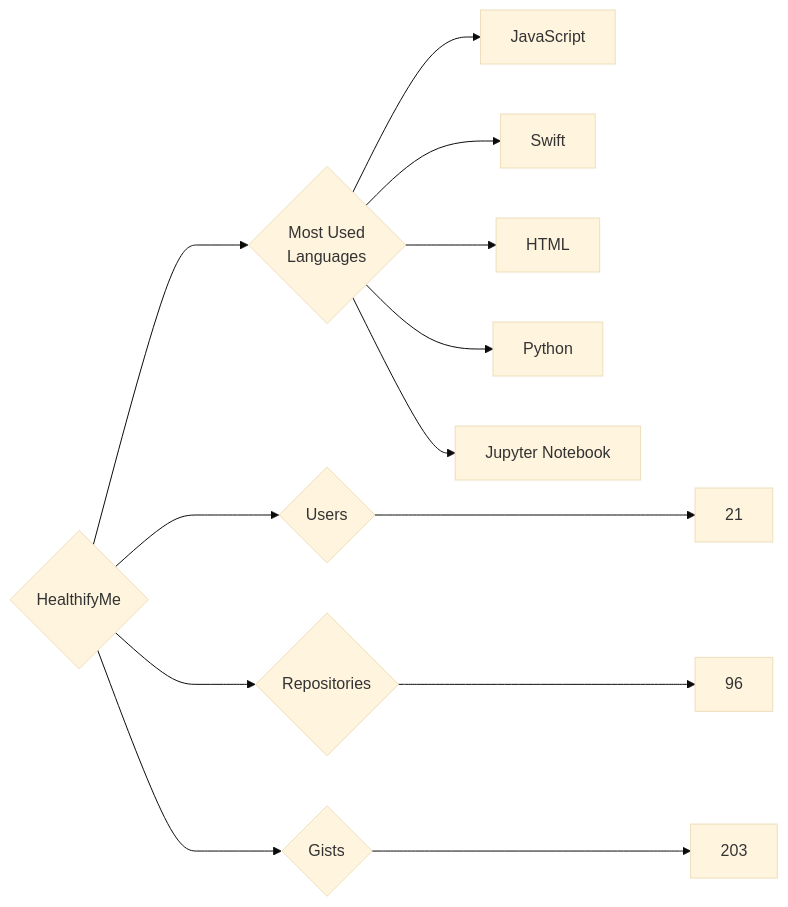
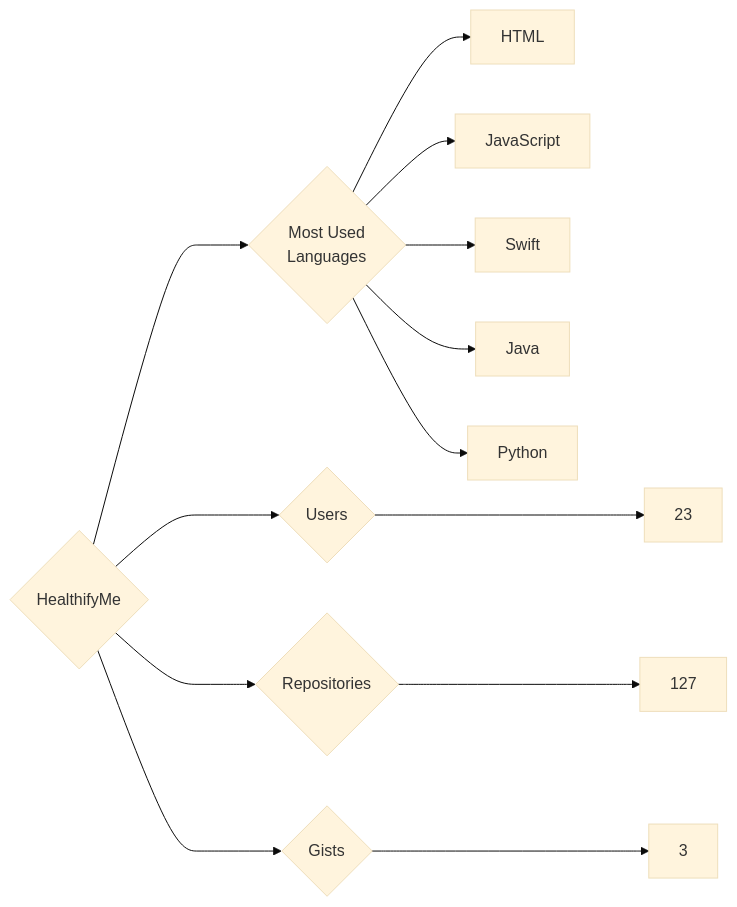
The diagram in targets/HealthifyMe/README.md (trickest/insiders), drawn with Mermaid (base theme) before and after one commit. The commit also changed 644 other files, not shown here.

````diff
--- a/targets/HealthifyMe/README.md
+++ b/targets/HealthifyMe/README.md
@@ -3,13 +3,13 @@
 ```mermaid
 graph LR
 COMPANY_NAME{HealthifyMe}
-COMPANY_NAME ---> U{Users} ---> UN[21]
-COMPANY_NAME ---> R{Repositories} ---> RN[96]
-COMPANY_NAME ---> G{Gists} ---> GN[203]
+COMPANY_NAME ---> U{Users} ---> UN[23]
+COMPANY_NAME ---> R{Repositories} ---> RN[127]
+COMPANY_NAME ---> G{Gists} ---> GN[3]
 COMPANY_NAME ---> ML{Most Used<br>Languages}
+ML --> HTML[HTML]
 ML --> JavaScript[JavaScript]
 ML --> Swift[Swift]
-ML --> HTML[HTML]
+ML --> Java[Java]
 ML --> Python[Python]
-ML --> Jupyter_Notebook[Jupyter Notebook]
 ```
````
